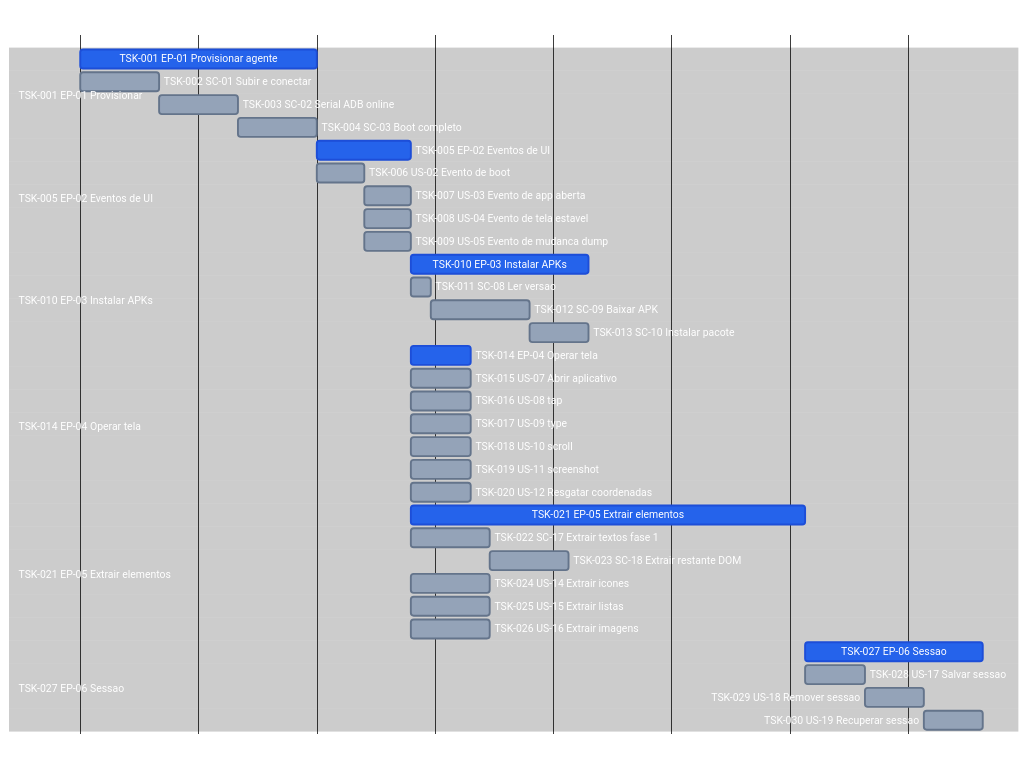
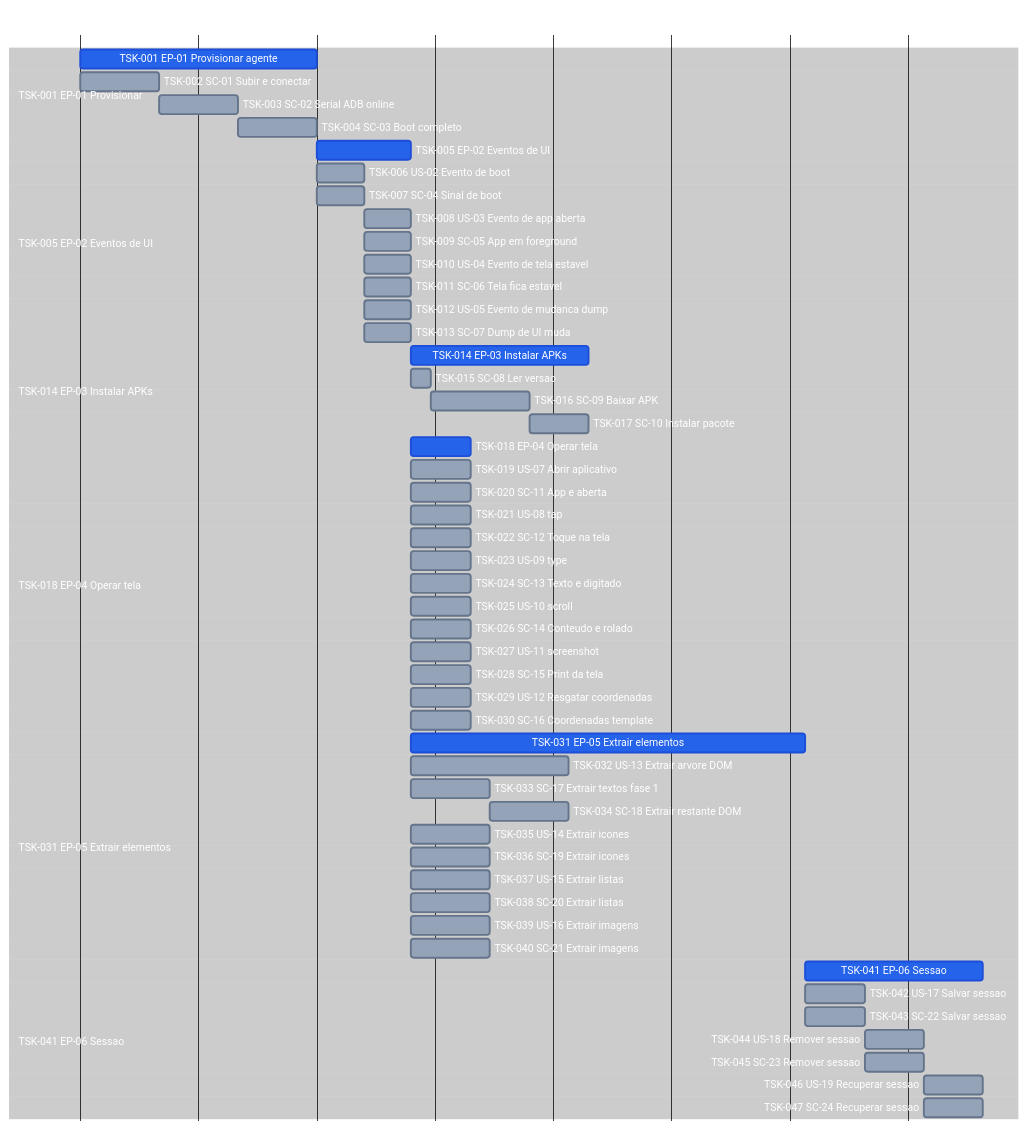
One commit to laerciogermano/workstation changed the diagram in connectmax/screen-robot/7.tasks.md. Above: the diagram before and after it, drawn with Mermaid. The commit also changed other lines of this file, not shown here.

Commit message:
Inclui SC filhos no Gantt de tasks do screen-robot (SC-04..07, 11..16, 19..24 e US-13).

````diff
--- a/connectmax/screen-robot/7.tasks.md
+++ b/connectmax/screen-robot/7.tasks.md
@@ -58,36 +58,53 @@
   section TSK-005 EP-02 Eventos de UI
   TSK-005 EP-02 Eventos de UI           :done, tsk05, after tsk01, 24m
   TSK-006 US-02 Evento de boot          :tsk06, after tsk01, 12m
-  TSK-007 US-03 Evento de app aberta    :tsk07, after tsk06, 12m
-  TSK-008 US-04 Evento de tela estavel  :tsk08, after tsk06, 12m
-  TSK-009 US-05 Evento de mudanca dump  :tsk09, after tsk06, 12m
+  TSK-007 SC-04 Sinal de boot           :tsk07, after tsk01, 12m
+  TSK-008 US-03 Evento de app aberta    :tsk08, after tsk06, 12m
+  TSK-009 SC-05 App em foreground       :tsk09, after tsk06, 12m
+  TSK-010 US-04 Evento de tela estavel  :tsk10, after tsk06, 12m
+  TSK-011 SC-06 Tela fica estavel       :tsk11, after tsk06, 12m
+  TSK-012 US-05 Evento de mudanca dump  :tsk12, after tsk06, 12m
+  TSK-013 SC-07 Dump de UI muda         :tsk13, after tsk06, 12m
 
-  section TSK-010 EP-03 Instalar APKs
-  TSK-010 EP-03 Instalar APKs           :done, tsk10, after tsk09, 45m
-  TSK-011 SC-08 Ler versao              :tsk11, after tsk09, 5m
-  TSK-012 SC-09 Baixar APK              :tsk12, after tsk11, 25m
-  TSK-013 SC-10 Instalar pacote         :tsk13, after tsk12, 15m
+  section TSK-014 EP-03 Instalar APKs
+  TSK-014 EP-03 Instalar APKs           :done, tsk14, after tsk12, 45m
+  TSK-015 SC-08 Ler versao              :tsk15, after tsk12, 5m
+  TSK-016 SC-09 Baixar APK              :tsk16, after tsk15, 25m
+  TSK-017 SC-10 Instalar pacote         :tsk17, after tsk16, 15m
 
-  section TSK-014 EP-04 Operar tela
-  TSK-014 EP-04 Operar tela             :done, tsk14, after tsk09, 15m
-  TSK-015 US-07 Abrir aplicativo        :tsk15, after tsk09, 15m
-  TSK-016 US-08 tap                     :tsk16, after tsk09, 15m
-  TSK-017 US-09 type                    :tsk17, after tsk09, 15m
-  TSK-018 US-10 scroll                  :tsk18, after tsk09, 15m
-  TSK-019 US-11 screenshot              :tsk19, after tsk09, 15m
-  TSK-020 US-12 Resgatar coordenadas    :tsk20, after tsk09, 15m
+  section TSK-018 EP-04 Operar tela
+  TSK-018 EP-04 Operar tela             :done, tsk18, after tsk12, 15m
+  TSK-019 US-07 Abrir aplicativo        :tsk19, after tsk12, 15m
+  TSK-020 SC-11 App e aberta            :tsk20, after tsk12, 15m
+  TSK-021 US-08 tap                     :tsk21, after tsk12, 15m
+  TSK-022 SC-12 Toque na tela           :tsk22, after tsk12, 15m
+  TSK-023 US-09 type                    :tsk23, after tsk12, 15m
+  TSK-024 SC-13 Texto e digitado        :tsk24, after tsk12, 15m
+  TSK-025 US-10 scroll                  :tsk25, after tsk12, 15m
+  TSK-026 SC-14 Conteudo e rolado       :tsk26, after tsk12, 15m
+  TSK-027 US-11 screenshot              :tsk27, after tsk12, 15m
+  TSK-028 SC-15 Print da tela           :tsk28, after tsk12, 15m
+  TSK-029 US-12 Resgatar coordenadas    :tsk29, after tsk12, 15m
+  TSK-030 SC-16 Coordenadas template    :tsk30, after tsk12, 15m
 
-  section TSK-021 EP-05 Extrair elementos
-  TSK-021 EP-05 Extrair elementos       :done, tsk21, after tsk09, 100m
-  TSK-022 SC-17 Extrair textos fase 1   :tsk22, after tsk09, 20m
-  TSK-023 SC-18 Extrair restante DOM    :tsk23, after tsk22, 20m
-  TSK-024 US-14 Extrair icones          :tsk24, after tsk09, 20m
-  TSK-025 US-15 Extrair listas          :tsk25, after tsk09, 20m
-  TSK-026 US-16 Extrair imagens         :tsk26, after tsk09, 20m
+  section TSK-031 EP-05 Extrair elementos
+  TSK-031 EP-05 Extrair elementos       :done, tsk31, after tsk12, 100m
+  TSK-032 US-13 Extrair arvore DOM      :tsk32, after tsk12, 40m
+  TSK-033 SC-17 Extrair textos fase 1   :tsk33, after tsk12, 20m
+  TSK-034 SC-18 Extrair restante DOM    :tsk34, after tsk33, 20m
+  TSK-035 US-14 Extrair icones          :tsk35, after tsk12, 20m
+  TSK-036 SC-19 Extrair icones          :tsk36, after tsk12, 20m
+  TSK-037 US-15 Extrair listas          :tsk37, after tsk12, 20m
+  TSK-038 SC-20 Extrair listas          :tsk38, after tsk12, 20m
+  TSK-039 US-16 Extrair imagens         :tsk39, after tsk12, 20m
+  TSK-040 SC-21 Extrair imagens         :tsk40, after tsk12, 20m
 
-  section TSK-027 EP-06 Sessao
-  TSK-027 EP-06 Sessao                  :done, tsk27, after tsk21, 45m
-  TSK-028 US-17 Salvar sessao           :tsk28, after tsk21, 15m
-  TSK-029 US-18 Remover sessao          :tsk29, after tsk28, 15m
-  TSK-030 US-19 Recuperar sessao        :tsk30, after tsk29, 15m
+  section TSK-041 EP-06 Sessao
+  TSK-041 EP-06 Sessao                  :done, tsk41, after tsk31, 45m
+  TSK-042 US-17 Salvar sessao           :tsk42, after tsk31, 15m
+  TSK-043 SC-22 Salvar sessao           :tsk43, after tsk31, 15m
+  TSK-044 US-18 Remover sessao          :tsk44, after tsk42, 15m
+  TSK-045 SC-23 Remover sessao          :tsk45, after tsk42, 15m
+  TSK-046 US-19 Recuperar sessao        :tsk46, after tsk44, 15m
+  TSK-047 SC-24 Recuperar sessao        :tsk47, after tsk44, 15m
 ```
````
